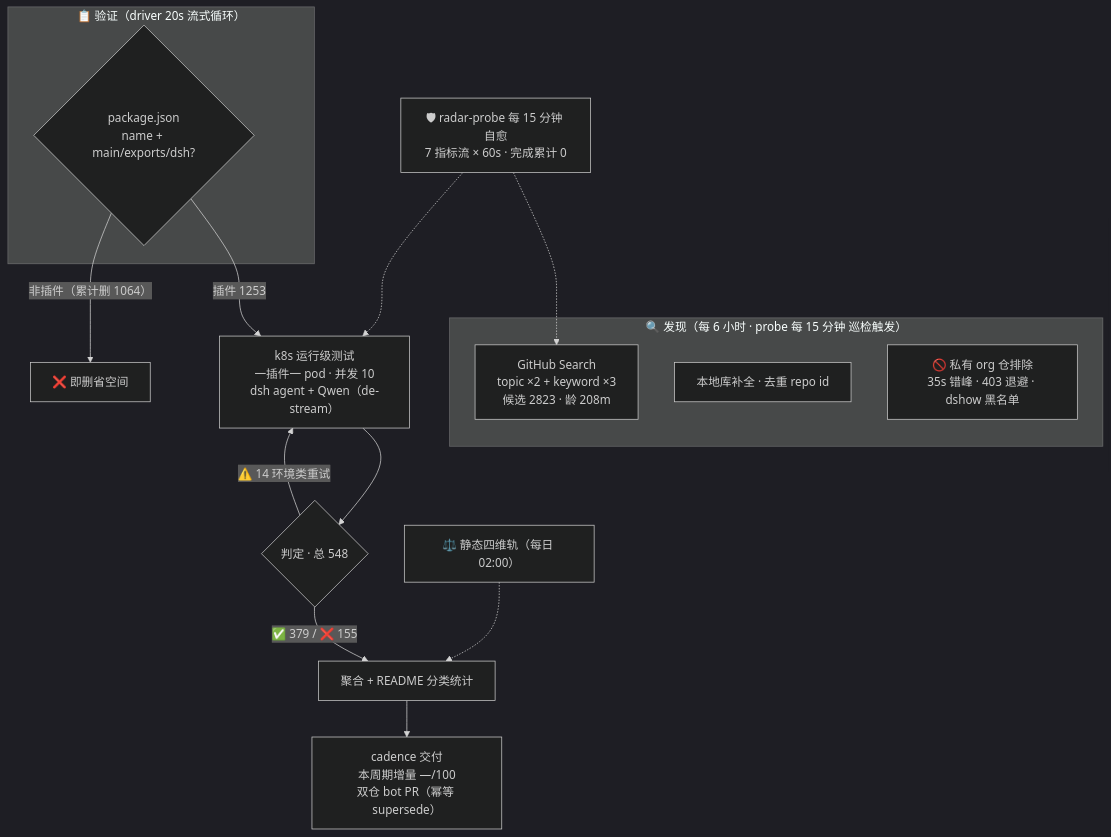
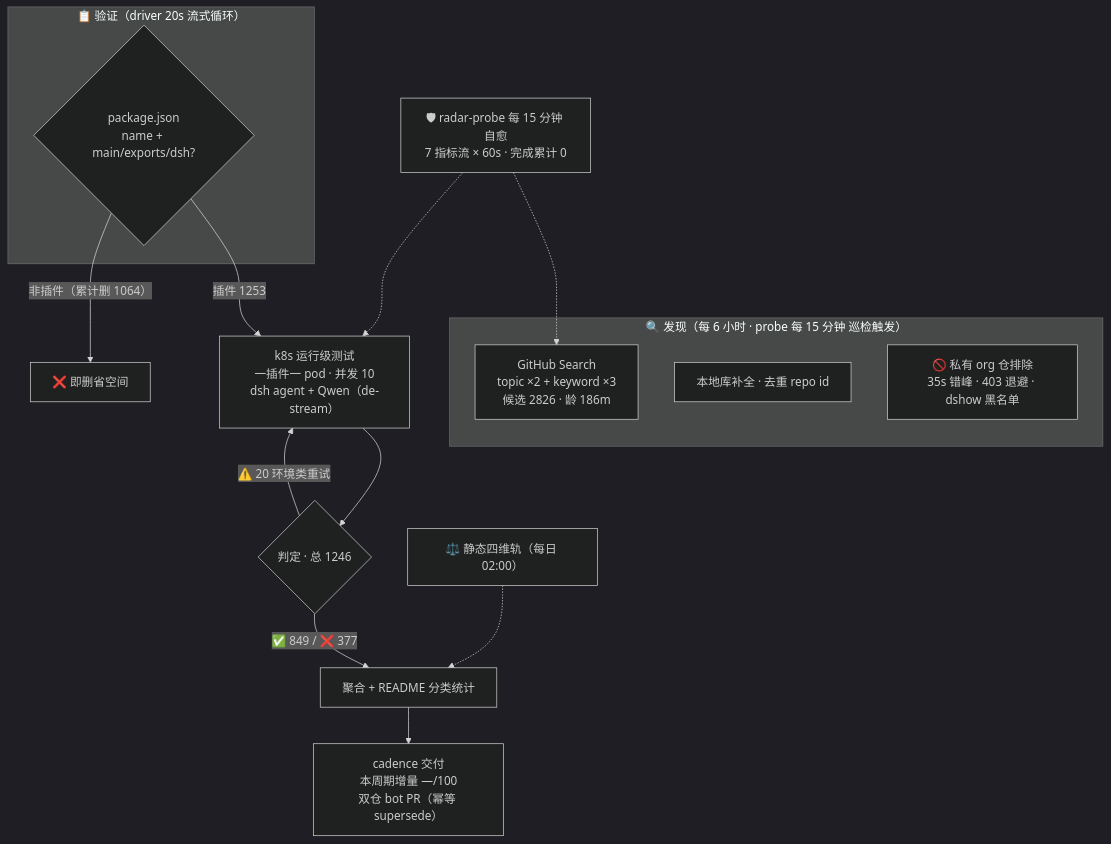
Before and after one commit to Zhidao-Lab-OSS/awesome-dsh-plugins: the diagram in README.md, drawn with Mermaid (dark theme). The commit also changed other lines of this file and 1 other file, not shown here.

````diff
--- a/README.md
+++ b/README.md
@@ -32,20 +32,20 @@
 ```mermaid
 flowchart TB
     subgraph Discovery["🔍 发现（每 6 小时 · probe 每 15 分钟 巡检触发）"]
-        A1["GitHub Search<br/>topic ×2 + keyword ×3<br/>候选 2823 · 龄 208m"]
+        A1["GitHub Search<br/>topic ×2 + keyword ×3<br/>候选 2826 · 龄 186m"]
         A2["本地库补全 · 去重 repo id"]
         A3["🚫 私有 org 仓排除<br/>35s 错峰 · 403 退避 · dshow 黑名单"]
     end
     subgraph Validation["📋 验证（driver 20s 流式循环）"]
         B1{"package.json<br/>name + main/exports/dsh?"}
     end
     B1 -->|"插件 1253"| C1["k8s 运行级测试<br/>一插件一 pod · 并发 10<br/>dsh agent + Qwen（de-stream）"]
     B1 -->|"非插件（累计删 1064）"| B3["❌ 即删省空间"]
-    C1 --> D1{"判定 · 总 548"}
-    D1 -->|"✅ 379 / ❌ 155"| E1["聚合 + README 分类统计"]
-    D1 -->|"⚠️ 14 环境类重试"| C1
+    C1 --> D1{"判定 · 总 1246"}
+    D1 -->|"✅ 849 / ❌ 377"| E1["聚合 + README 分类统计"]
+    D1 -->|"⚠️ 20 环境类重试"| C1
     E1 --> E2["cadence 交付<br/>本周期增量 —/100<br/>双仓 bot PR（幂等 supersede）"]
     S["⚖️ 静态四维轨（每日 02:00）"] -.-> E1
     M["🛡 radar-probe 每 15 分钟 自愈<br/>7 指标流 × 60s · 完成累计 0"] -.-> A1
     M -.-> C1
 ```
````
